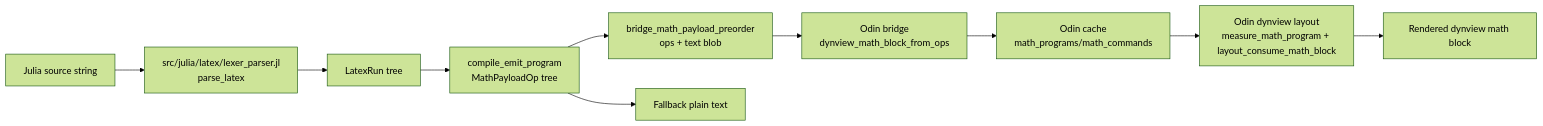
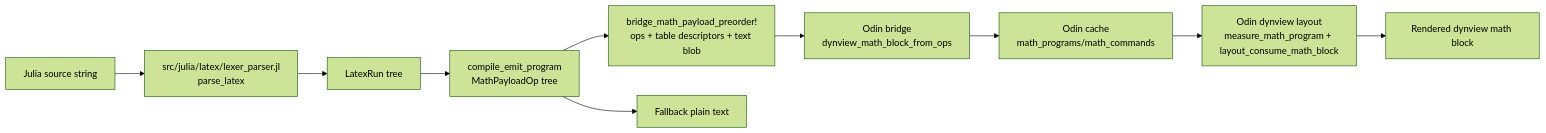
Before and after one commit to derekshoneycutt/Euclid: the first of 2 diagrams in docs/wiki/Guides/ArchitectureSummary.md, drawn with Mermaid (forest theme). The commit also changed other lines of this file and 25 other files, not shown here.

````diff
--- a/docs/wiki/Guides/ArchitectureSummary.md
+++ b/docs/wiki/Guides/ArchitectureSummary.md
@@ -229,16 +229,16 @@
 ```mermaid
 flowchart LR
     A[Julia source string]
     B[src/julia/latex/lexer_parser.jl\nparse_latex]
     C[LatexRun tree]
     D[compile_emit_program\nMathPayloadOp tree]
-    E[bridge_math_payload_preorder\nops + text blob]
+    E[bridge_math_payload_preorder!\nops + table descriptors + text blob]
     F[Odin bridge\ndynview_math_block_from_ops]
     G[Odin cache\nmath_programs/math_commands]
     H[Odin dynview layout\nmeasure_math_program + layout_consume_math_block]
     I[Rendered dynview math block]
     J[Fallback plain text]
 
     A --> B --> C --> D --> E --> F --> G --> H --> I
     D --> J
 ```
````
